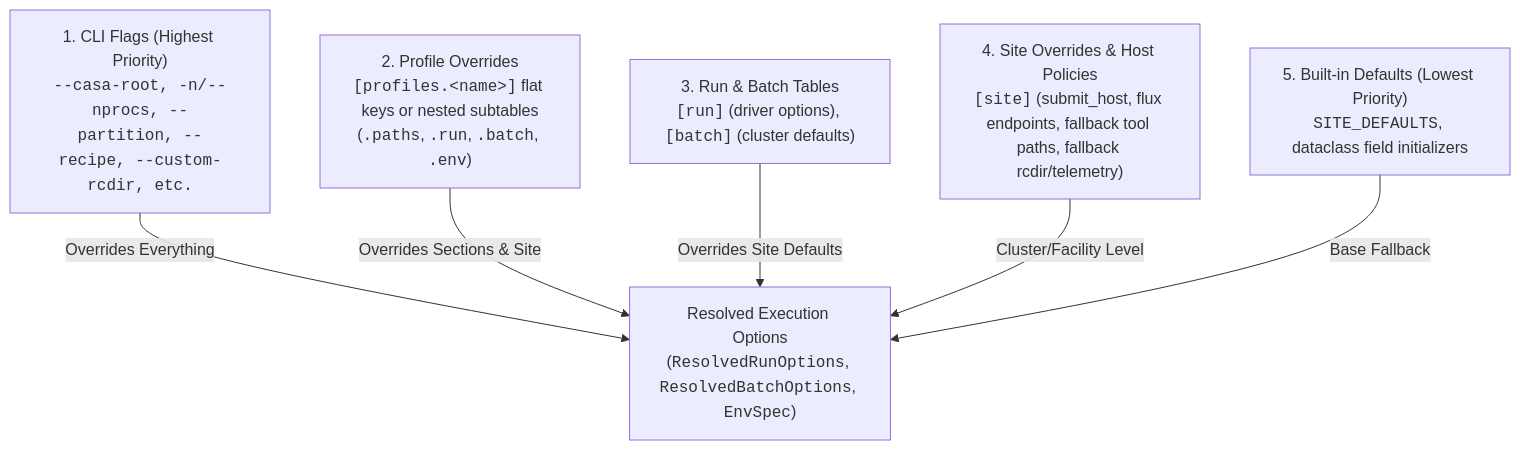
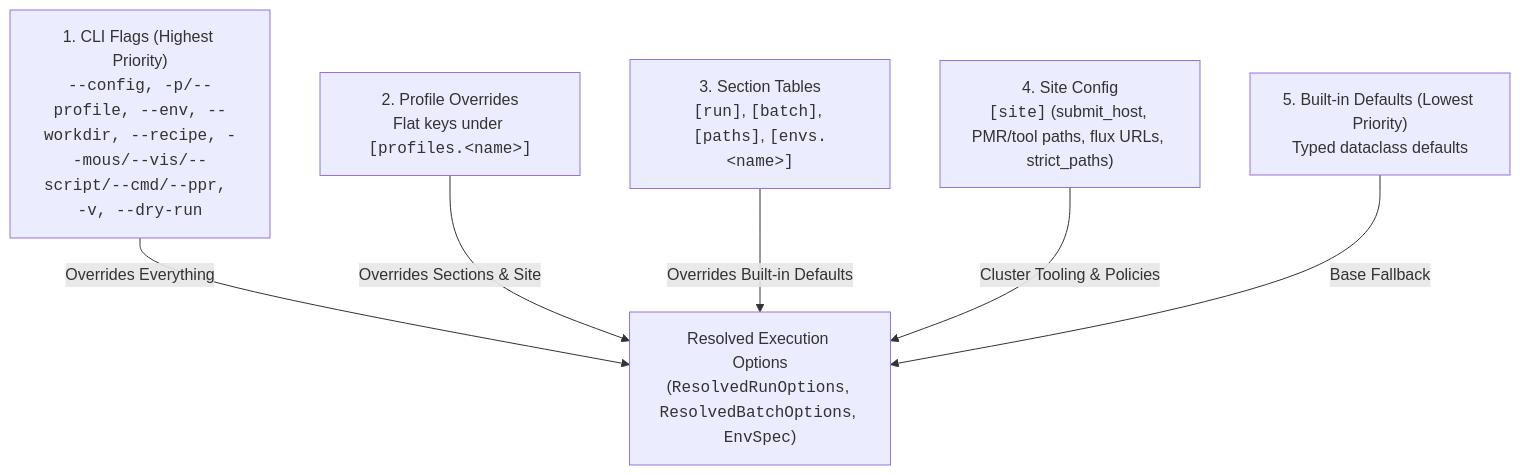
Before and after one commit to ra-pipeline/calibpipe: the second of 5 diagrams in docs/guide.md, drawn with Mermaid. The commit also changed other lines of this file and 29 other files, not shown here.

First line of the commit message:
refactor: streamline CLI and config for 0.2.0

````diff
--- a/docs/guide.md
+++ b/docs/guide.md
@@ -242,15 +246,15 @@
 ```mermaid
 flowchart TD
-    CLI["1. CLI Flags (Highest Priority)<br/><code>--casa-root, -n/--nprocs, --partition, --recipe, --custom-rcdir, etc.</code>"]
-    Prof["2. Profile Overrides<br/><code>[profiles.&lt;name&gt;]</code> flat keys or nested subtables<br/>(<code>.paths</code>, <code>.run</code>, <code>.batch</code>, <code>.env</code>)"]
-    RunBatch["3. Run &amp; Batch Tables<br/><code>[run]</code> (driver options), <code>[batch]</code> (cluster defaults)"]
-    Site["4. Site Overrides &amp; Host Policies<br/><code>[site]</code> (submit_host, flux endpoints, fallback tool paths, fallback rcdir/telemetry)"]
-    Builtin["5. Built-in Defaults (Lowest Priority)<br/><code>SITE_DEFAULTS</code>, dataclass field initializers"]
+    CLI["1. CLI Flags (Highest Priority)<br/><code>--config, -p/--profile, --env, --workdir, --recipe, --mous/--vis/--script/--cmd/--ppr, -v, --dry-run</code>"]
+    Prof["2. Profile Overrides<br/>Flat keys under <code>[profiles.&lt;name&gt;]</code>"]
+    RunBatch["3. Section Tables<br/><code>[run]</code>, <code>[batch]</code>, <code>[paths]</code>, <code>[envs.&lt;name&gt;]</code>"]
+    Site["4. Site Config<br/><code>[site]</code> (submit_host, PMR/tool paths, flux URLs, strict_paths)"]
+    Builtin["5. Built-in Defaults (Lowest Priority)<br/>Typed dataclass defaults"]
     Resolved["Resolved Execution Options<br/>(<code>ResolvedRunOptions</code>, <code>ResolvedBatchOptions</code>, <code>EnvSpec</code>)"]
 
     CLI -->|Overrides Everything| Resolved
     Prof -->|Overrides Sections &amp; Site| Resolved
-    RunBatch -->|Overrides Site Defaults| Resolved
-    Site -->|Cluster/Facility Level| Resolved
+    RunBatch -->|Overrides Built-in Defaults| Resolved
+    Site -->|Cluster Tooling &amp; Policies| Resolved
     Builtin -->|Base Fallback| Resolved
 ```
````
